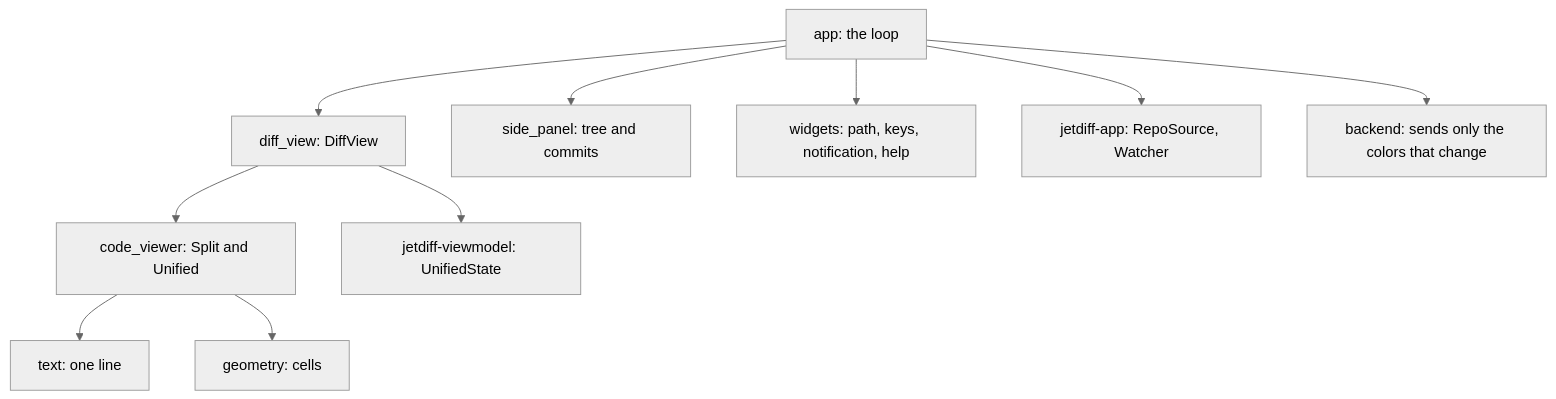
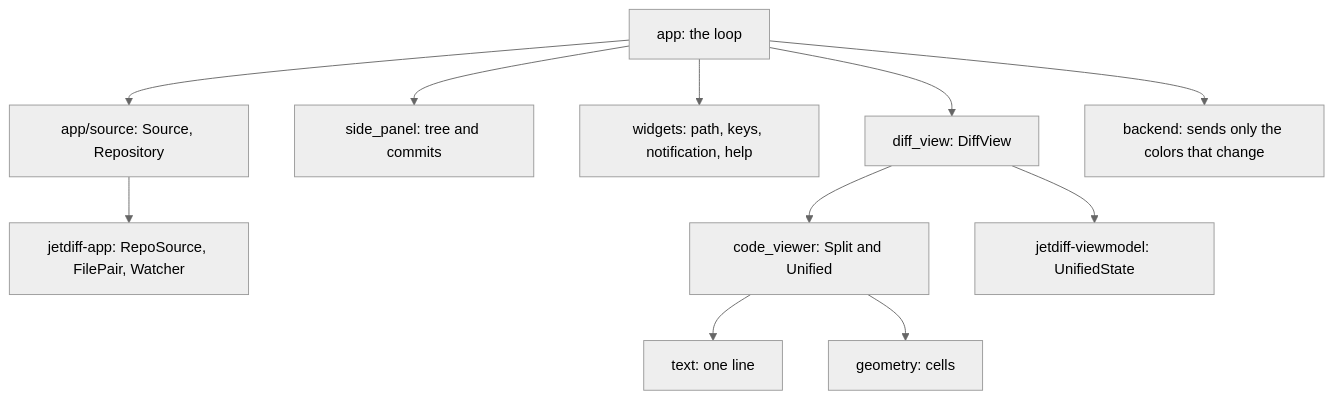
The diagram in crates/jetdiff-tui/README.md (akemkers/jetdiff), drawn with Mermaid (neutral theme) before and after one commit. The commit also changed other lines of this file and 29 other files, not shown here.

````diff
--- a/crates/jetdiff-tui/README.md
+++ b/crates/jetdiff-tui/README.md
@@ -33,12 +33,13 @@
 ```mermaid
 graph TD
     app[app: the loop] --> diff[diff_view: DiffView]
     app --> side_panel[side_panel: tree and commits]
     app --> widgets[widgets: path, keys, notification, help]
-    app --> source[jetdiff-app: RepoSource, Watcher]
+    app --> source[app/source: Source, Repository]
+    source --> app_crate[jetdiff-app: RepoSource, FilePair, Watcher]
     app --> backend[backend: sends only the colors that change]
     diff --> viewer[code_viewer: Split and Unified]
     viewer --> text[text: one line]
     viewer --> geometry[geometry: cells]
     diff --> state[jetdiff-viewmodel: UnifiedState]
 ```
````
